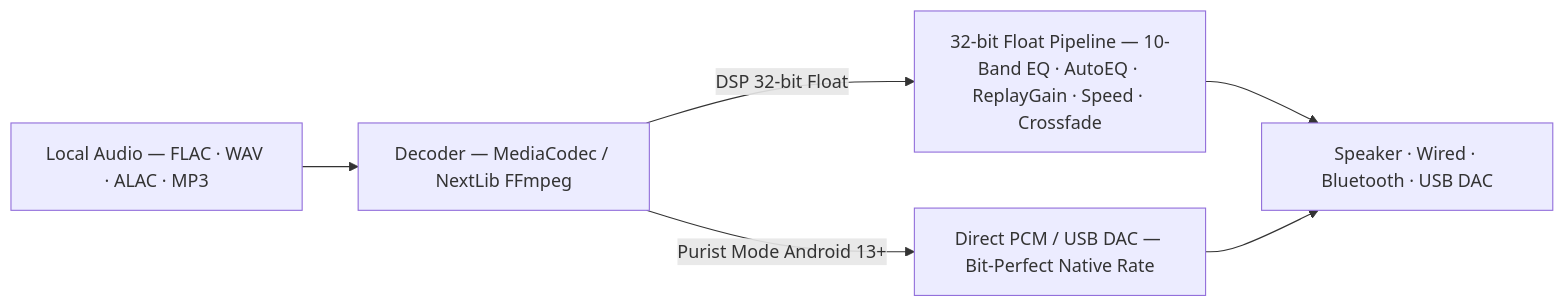
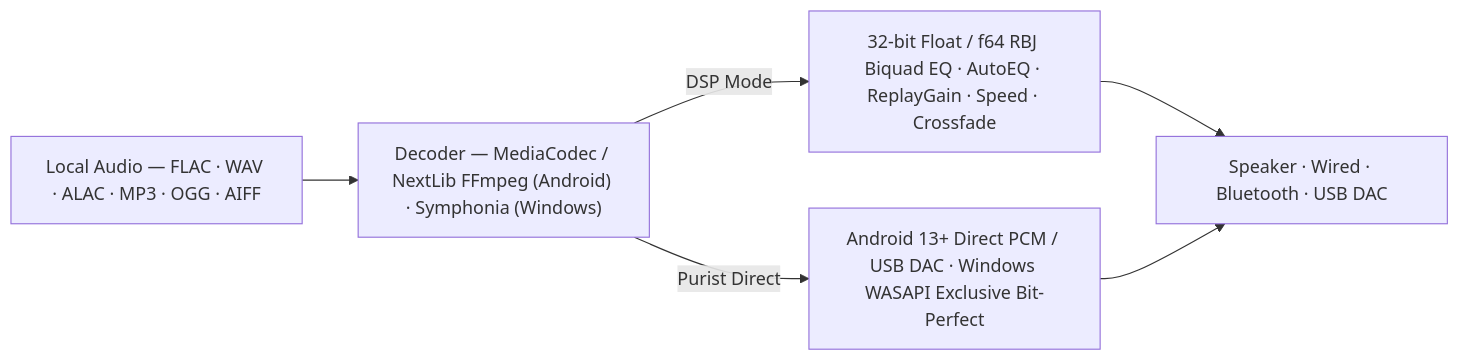
The diagram in README.md (Dawnistrator/Lumyn), drawn with Mermaid before and after one commit. The commit also changed other lines of this file and 1 other file, not shown here.

````diff
--- a/README.md
+++ b/README.md
@@ -68,8 +80,8 @@
 ```mermaid
 flowchart LR
-    File["Local Audio — FLAC · WAV · ALAC · MP3"] --> Dec["Decoder — MediaCodec / NextLib FFmpeg"]
-    Dec -->|DSP 32-bit Float| DSP["32-bit Float Pipeline — 10-Band EQ · AutoEQ · ReplayGain · Speed · Crossfade"]
-    Dec -->|Purist Mode Android 13+| Direct["Direct PCM / USB DAC — Bit-Perfect Native Rate"]
+    File["Local Audio — FLAC · WAV · ALAC · MP3 · OGG · AIFF"] --> Dec["Decoder — MediaCodec / NextLib FFmpeg (Android) · Symphonia (Windows)"]
+    Dec -->|DSP Mode| DSP["32-bit Float / f64 RBJ Biquad EQ · AutoEQ · ReplayGain · Speed · Crossfade"]
+    Dec -->|Purist Direct| Direct["Android 13+ Direct PCM / USB DAC · Windows WASAPI Exclusive Bit-Perfect"]
     DSP --> Out["Speaker · Wired · Bluetooth · USB DAC"]
     Direct --> Out
 ```
````
